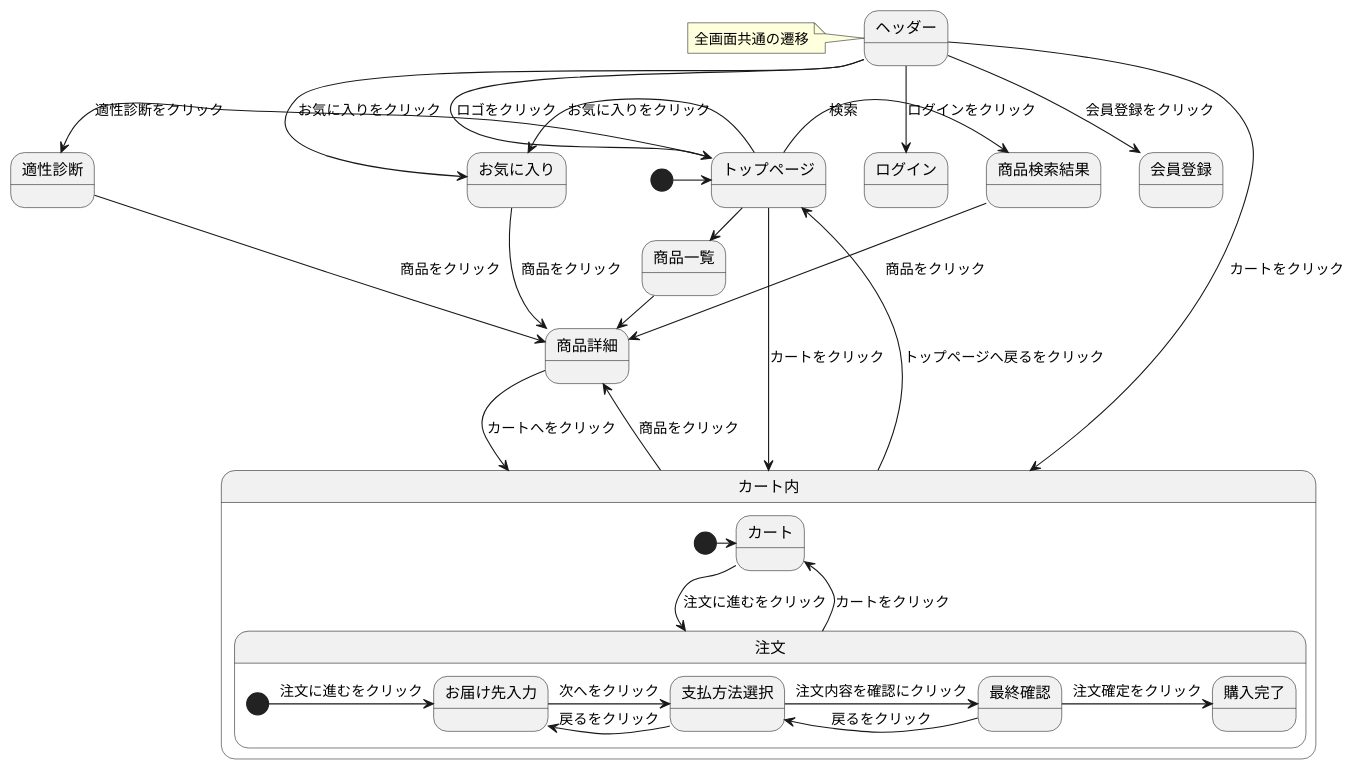
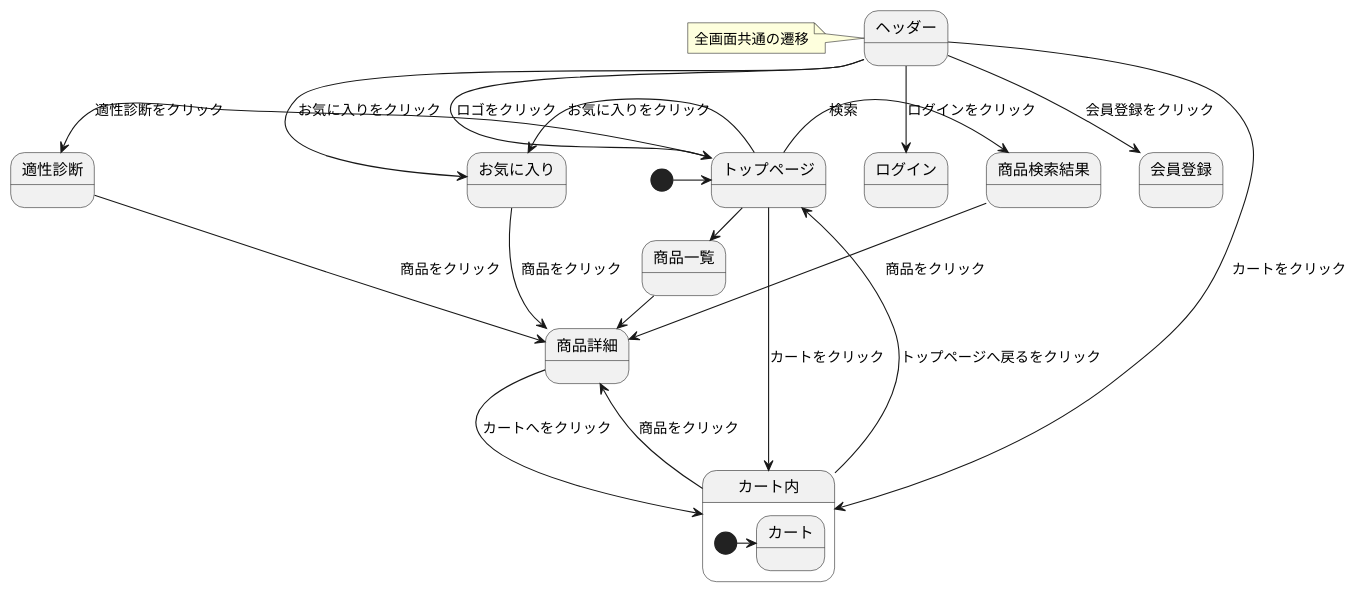
The diagram in 03_画面遷移図/stm_03.md (Aso2101122/coffeeEC), drawn with PlantUML before and after one commit.

````diff
--- a/03_画面遷移図/stm_03.md
+++ b/03_画面遷移図/stm_03.md
@@ -2,42 +2,32 @@
 ```uml
 @startuml
 [*]->トップページ
 トップページ->商品検索結果: 検索
 トップページ-right->商品一覧: 商品一覧をクリック
 商品一覧->商品詳細: 商品をクリック
 商品検索結果-down->商品詳細: 商品をクリック
 商品詳細-->カート内: カートへをクリック
 トップページ-left->お気に入り: お気に入りをクリック
 お気に入り->商品詳細: 商品をクリック
 トップページ-left->適性診断: 適性診断をクリック
 適性診断->商品詳細: 商品をクリック
 トップページ-->カート内: カートをクリック
 カート内->トップページ: トップページへ戻るをクリック
 カート内->商品詳細: 商品をクリック
 
 state カート内{
 [*]->カート
-カート-->注文: 注文に進むをクリック
-  state 注文{
-    [*]->お届け先入力: 注文に進むをクリック
-    注文->カート: カートをクリック
-    お届け先入力->支払方法選択: 次へをクリック
-    支払方法選択->お届け先入力: 戻るをクリック
-    支払方法選択->最終確認: 注文内容を確認にクリック
-    最終確認->支払方法選択: 戻るをクリック
-    最終確認->購入完了: 注文確定をクリック
-  }
 }
 
 state ヘッダー{
 }
 note left of ヘッダー: 全画面共通の遷移
 
 
 ヘッダー-down->トップページ: ロゴをクリック
 ヘッダー-down->ログイン: ログインをクリック
 ヘッダー-down->会員登録: 会員登録をクリック
 ヘッダー-down->お気に入り: お気に入りをクリック
 ヘッダー-down->カート内: カートをクリック
 @enduml
 ```
````
